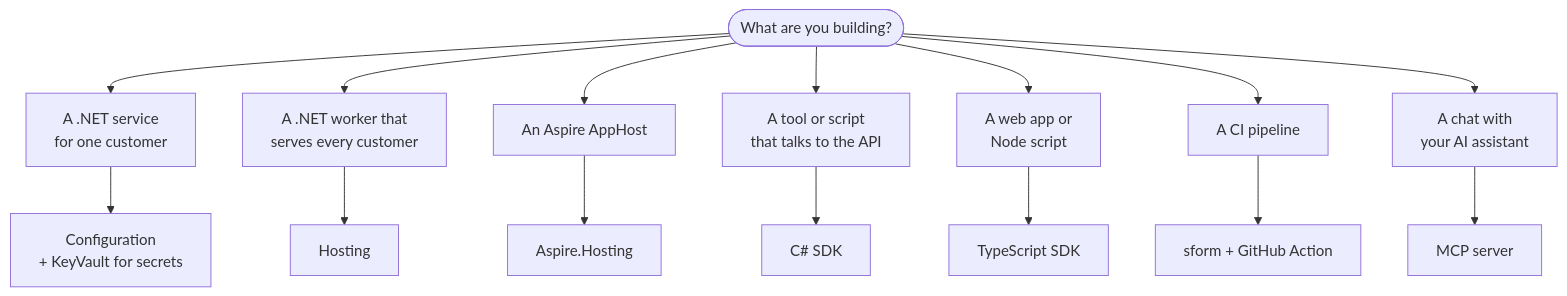
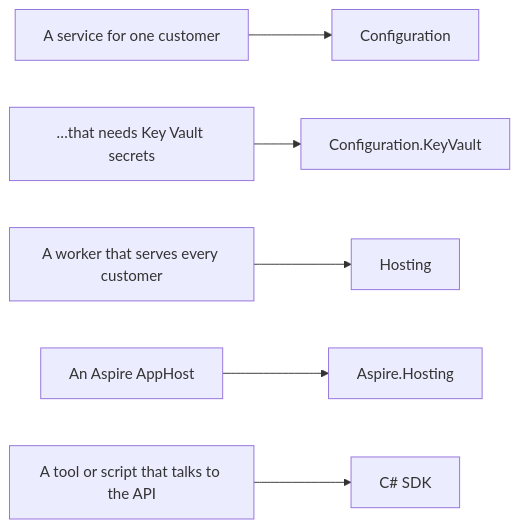
Before and after one commit to akobr/mono.me: the second of 3 diagrams in docs/42for.net/platform/documentation/index.md, drawn with Mermaid. The commit also changed other lines of this file, not shown here.

Commit message:
docs: split the package diagram of the developer guide

````diff
--- a/docs/42for.net/platform/documentation/index.md
+++ b/docs/42for.net/platform/documentation/index.md
@@ -72,18 +74,8 @@
 ```mermaid
-flowchart TD
-  q([What are you building?])
-  q --> a["A .NET service<br/>for one customer"]
-  q --> b["A .NET worker that<br/>serves every customer"]
-  q --> c["An Aspire AppHost"]
-  q --> d["A tool or script<br/>that talks to the API"]
-  q --> e["A web app or<br/>Node script"]
-  q --> f["A CI pipeline"]
-  q --> g["A chat with<br/>your AI assistant"]
-  a --> A["Configuration<br/>+ KeyVault for secrets"]
-  b --> B["Hosting"]
-  c --> C["Aspire.Hosting"]
-  d --> D["C# SDK"]
-  e --> E["TypeScript SDK"]
-  f --> F["sform + GitHub Action"]
-  g --> G["MCP server"]
+flowchart LR
+  a["A service for one customer"] --> A["Configuration"]
+  s["…that needs Key Vault secrets"] --> S["Configuration.KeyVault"]
+  b["A worker that serves every customer"] --> B["Hosting"]
+  c["An Aspire AppHost"] --> C["Aspire.Hosting"]
+  d["A tool or script that talks to the API"] --> D["C# SDK"]
 ```
````
